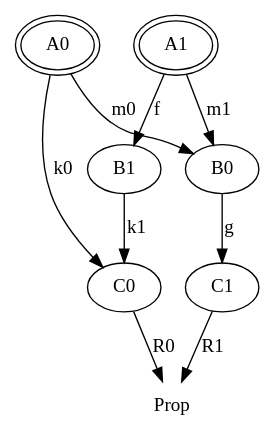
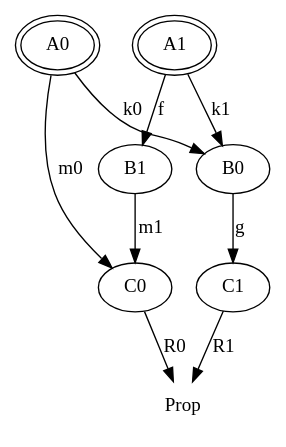
Before and after one commit to Tuplanolla/dez: the diagram in unification/comm_r.dot, drawn with Graphviz. The commit also changed 27 other files, not shown here.

```diff
--- a/unification/comm_r.dot
+++ b/unification/comm_r.dot
@@ -1,24 +1,24 @@
 digraph comm_r {
   node [peripheries = 2]
 
   T3 [label = "A0"]
   T5 [label = "A1"]
 
   node [peripheries = 1]
 
   T0 [label = "C0"]
+  T2 [label = "B0"]
   T1 [label = "C1"]
-  T2 [label = "B0"]
   T4 [label = "B1"]
 
   node [peripheries = 0]
 
   T0 -> Prop [label = "R0"]
   T1 -> Prop [label = "R1"]
   T2 -> T1 [label = "g"]
-  T3 -> T0 [label = "k0"]
-  T3 -> T2 [label = "m0"]
-  T4 -> T0 [label = "k1"]
-  T5 -> T2 [label = "m1"]
+  T3 -> T0 [label = "m0"]
+  T3 -> T2 [label = "k0"]
+  T4 -> T0 [label = "m1"]
+  T5 -> T2 [label = "k1"]
   T5 -> T4 [label = "f"]
 }
```
